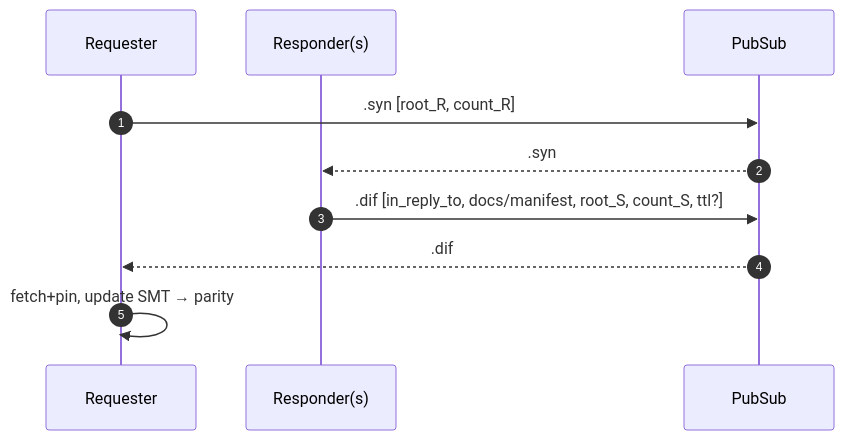
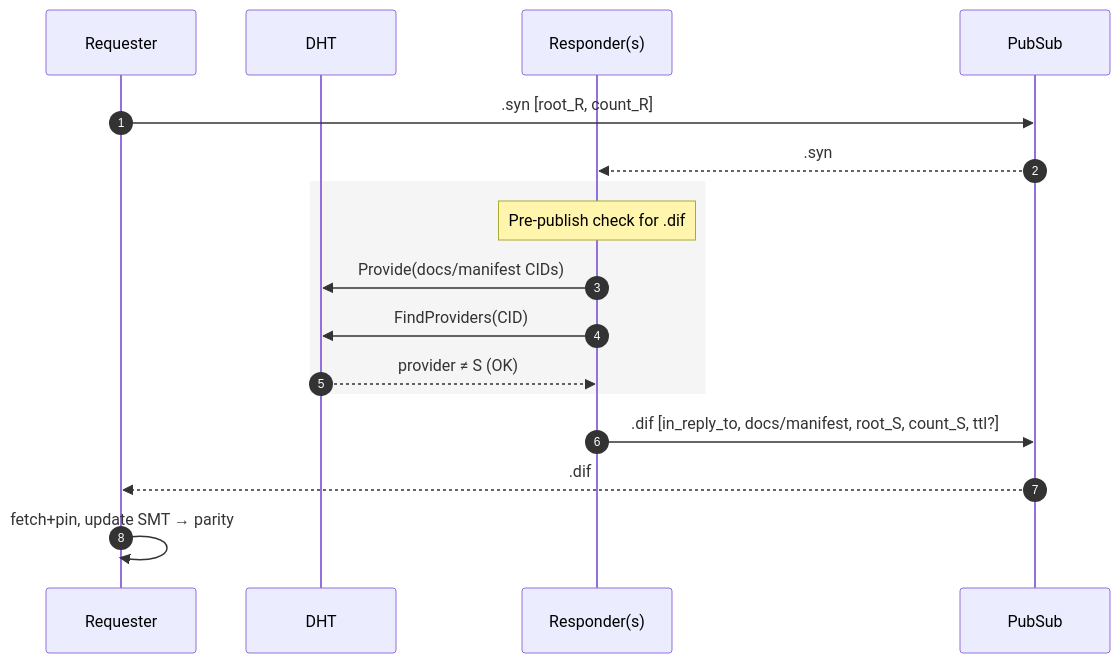
The sixth of 11 diagrams in docs/src/architecture/08_concepts/document_sync/protocol_spec.md (input-output-hk/hermes), drawn with Mermaid before and after one commit. The commit also changed other lines of this file, not shown here.

````diff
--- a/docs/src/architecture/08_concepts/document_sync/protocol_spec.md
+++ b/docs/src/architecture/08_concepts/document_sync/protocol_spec.md
@@ -449,12 +546,19 @@
 ```mermaid
 sequenceDiagram
   autonumber
   participant R as Requester
+  participant D as DHT
   participant S as Responder(s)
   participant PS as PubSub
   R->>PS: .syn [root_R, count_R]
   PS-->>S: .syn
+  rect rgb(245,245,245)
+    Note over S: Pre-publish check for .dif
+    S->>D: Provide(docs/manifest CIDs)
+    S->>D: FindProviders(CID)
+    D-->>S: provider ≠ S (OK)
+  end
   S->>PS: .dif [in_reply_to, docs/manifest, root_S, count_S, ttl?]
   PS-->>R: .dif
   R->>R: fetch+pin, update SMT → parity
 ```
````
